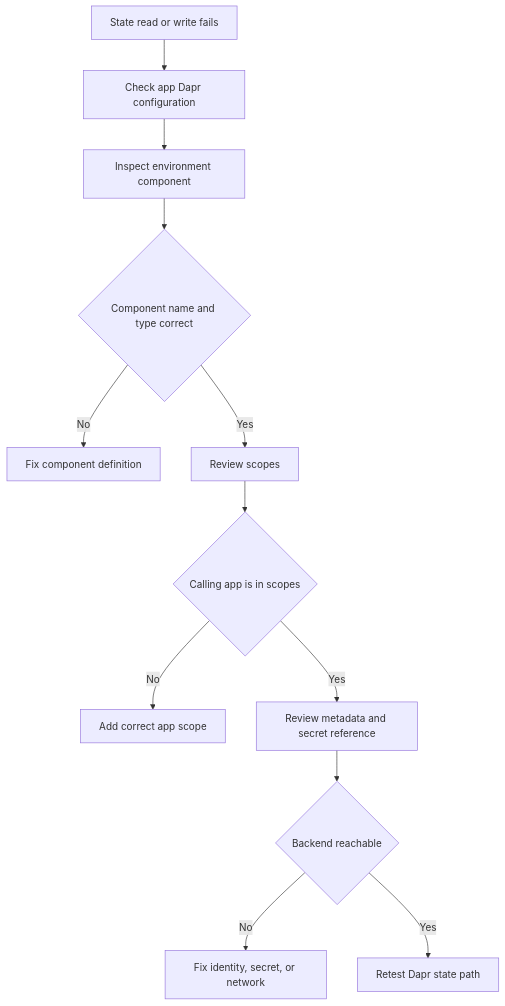
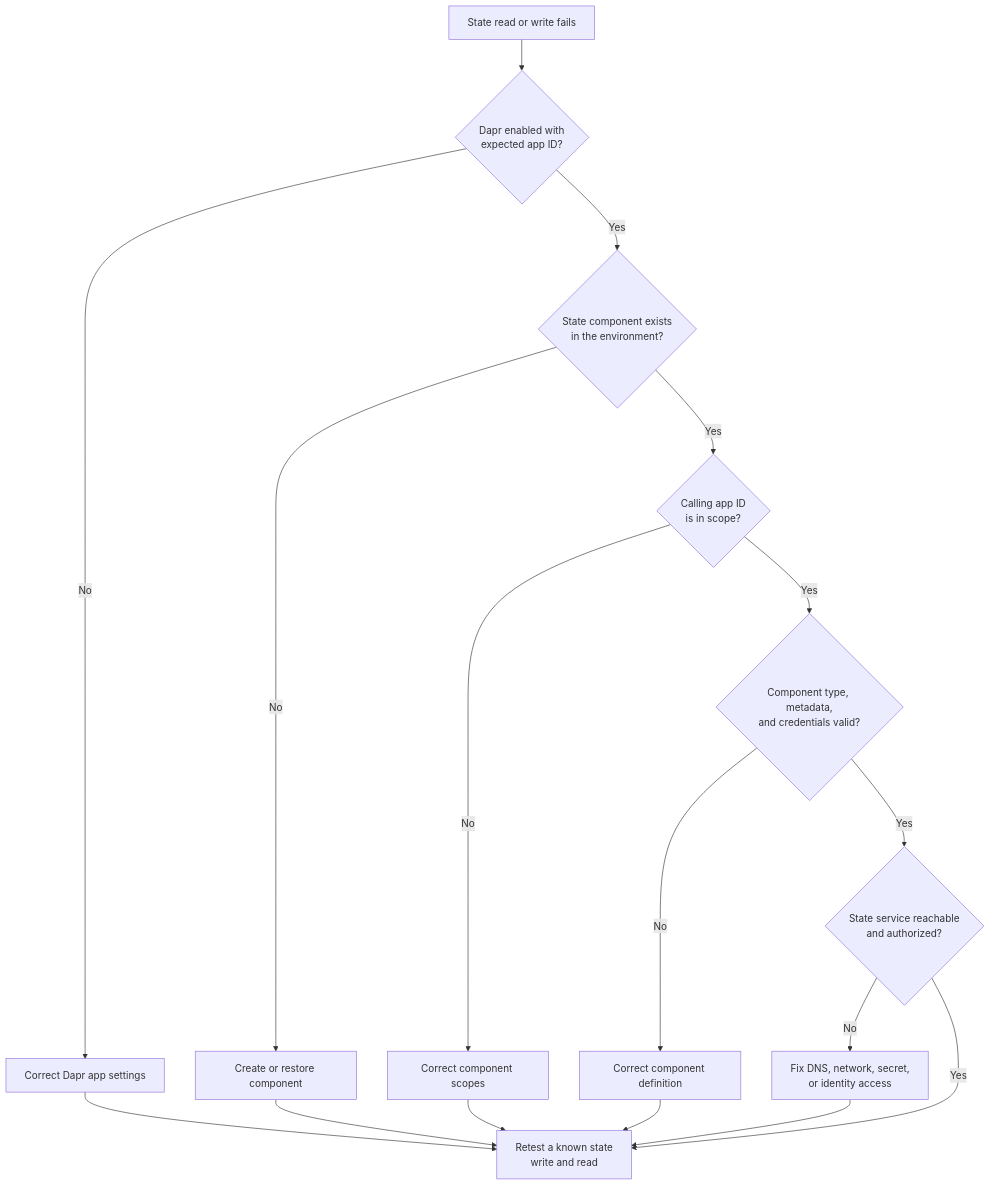
One commit to yeongseon/azure-container-apps-practical-guide changed the diagram in docs/troubleshooting/playbooks/platform-features/dapr-state-store-failure.md. Above: the diagram before and after it, drawn with Mermaid. The commit also changed other lines of this file and 28 other files, not shown here.

Commit message:
docs(diagrams): migrate playbook diagnostic flows (#627)

````diff
--- a/docs/troubleshooting/playbooks/platform-features/dapr-state-store-failure.md
+++ b/docs/troubleshooting/playbooks/platform-features/dapr-state-store-failure.md
@@ -37,14 +37,22 @@
 ```mermaid
 flowchart TD
-    A[State read or write fails] --> B[Check app Dapr configuration]
-    B --> C[Inspect environment component]
-    C --> D{Component name and type correct}
-    D -->|No| E[Fix component definition]
-    D -->|Yes| F[Review scopes]
-    F --> G{Calling app is in scopes}
-    G -->|No| H[Add correct app scope]
-    G -->|Yes| I[Review metadata and secret reference]
-    I --> J{Backend reachable}
-    J -->|No| K[Fix identity, secret, or network]
-    J -->|Yes| L[Retest Dapr state path]
+    accTitle: Diagnose a Dapr state store failure
+    accDescr: Verify Dapr enablement, the environment-level state component, app-ID scopes, component metadata and credentials, then test backend connectivity before retrying state operations.
+
+    START[State read or write fails] --> ENABLED{Dapr enabled with<br/>expected app ID?}
+    ENABLED -->|No| APP[Correct Dapr app settings]
+    ENABLED -->|Yes| EXISTS{State component exists<br/>in the environment?}
+    EXISTS -->|No| RESTORE[Create or restore component]
+    EXISTS -->|Yes| SCOPED{Calling app ID<br/>is in scope?}
+    SCOPED -->|No| SCOPE[Correct component scopes]
+    SCOPED -->|Yes| CONFIG{Component type, metadata,<br/>and credentials valid?}
+    CONFIG -->|No| DEFINITION[Correct component definition]
+    CONFIG -->|Yes| BACKEND{State service reachable<br/>and authorized?}
+    BACKEND -->|No| ACCESS[Fix DNS, network, secret,<br/>or identity access]
+    BACKEND -->|Yes| TEST[Retest a known state<br/>write and read]
+    APP --> TEST
+    RESTORE --> TEST
+    SCOPE --> TEST
+    DEFINITION --> TEST
+    ACCESS --> TEST
 ```
````
